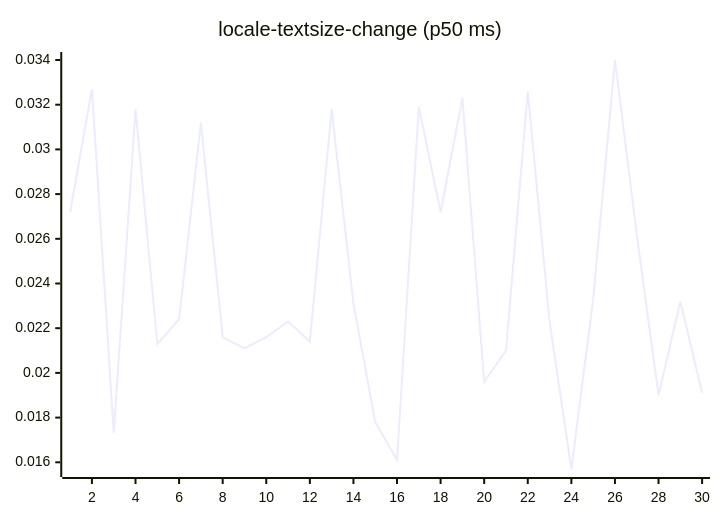
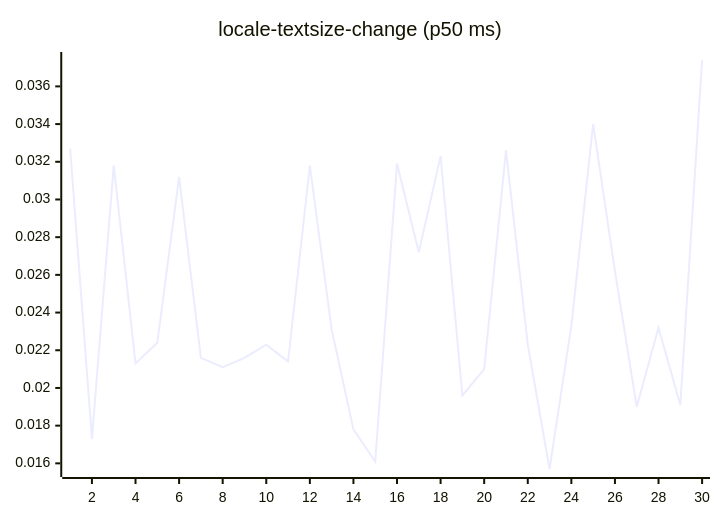
Diagram 13 of 27 in README.md (josha/Facet), drawn with Mermaid before and after one commit. The commit also changed other lines of this file and 2 other files, not shown here.

````diff
--- a/README.md
+++ b/README.md
@@ -147,6 +147,6 @@
 ```mermaid
 xychart-beta
     title "locale-textsize-change (p50 ms)"
     x-axis 1 --> 30
-    line [0.0272, 0.0327, 0.0173, 0.0318, 0.0213, 0.0224, 0.0312, 0.0216, 0.0211, 0.0216, 0.0223, 0.0214, 0.0318, 0.0231, 0.0178, 0.0161, 0.0319, 0.0272, 0.0323, 0.0196, 0.0210, 0.0326, 0.0223, 0.0157, 0.0233, 0.0340, 0.0262, 0.0190, 0.0232, 0.0191]
+    line [0.0327, 0.0173, 0.0318, 0.0213, 0.0224, 0.0312, 0.0216, 0.0211, 0.0216, 0.0223, 0.0214, 0.0318, 0.0231, 0.0178, 0.0161, 0.0319, 0.0272, 0.0323, 0.0196, 0.0210, 0.0326, 0.0223, 0.0157, 0.0233, 0.0340, 0.0262, 0.0190, 0.0232, 0.0191, 0.0374]
 ```
````
